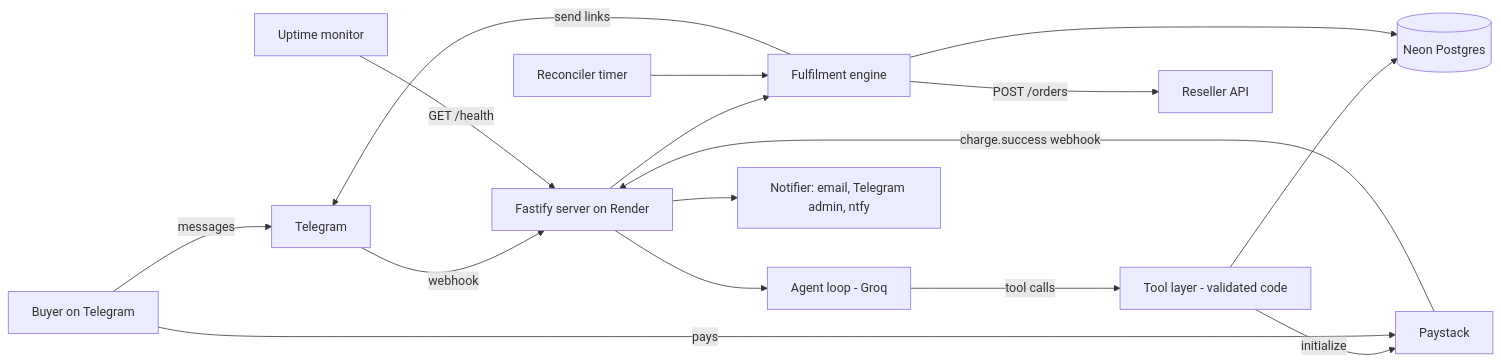
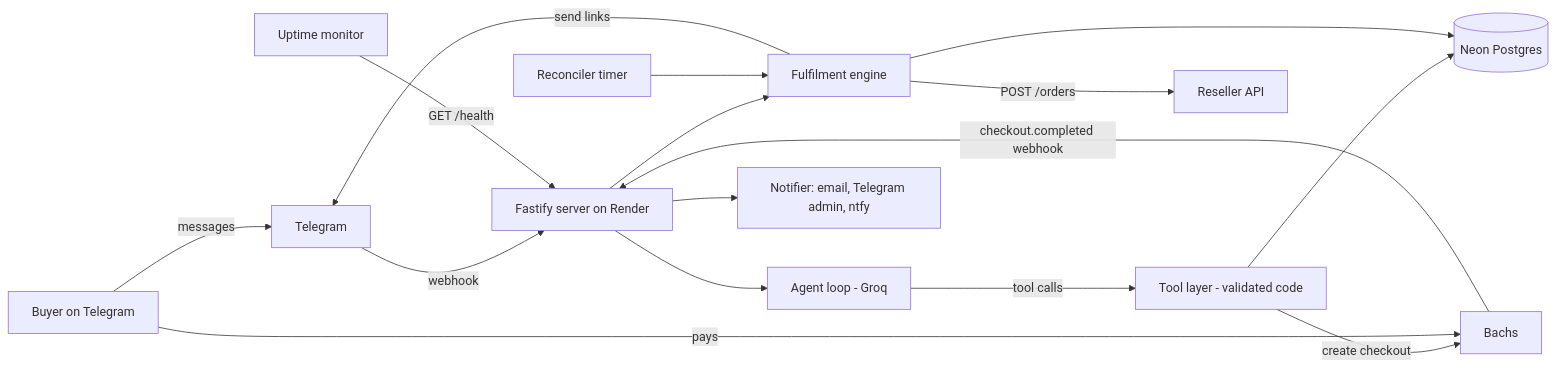
Before and after one commit to samkiell/geminipro: the first of 2 diagrams in docs/ARCHITECTURE.md, drawn with Mermaid. The commit also changed other lines of this file, not shown here.

Commit message:
Switch architecture to Bachs and pnpm

````diff
--- a/docs/ARCHITECTURE.md
+++ b/docs/ARCHITECTURE.md
@@ -13,18 +13,18 @@
 ```mermaid
 flowchart LR
   B[Buyer on Telegram] -->|messages| TG[Telegram]
   TG -->|webhook| S[Fastify server on Render]
   S --> A[Agent loop - Groq]
   A -->|tool calls| T[Tool layer - validated code]
   T --> DB[(Neon Postgres)]
-  T -->|initialize| PS[Paystack]
+  T -->|create checkout| PS[Bachs]
   B -->|pays| PS
-  PS -->|charge.success webhook| S
+  PS -->|checkout.completed webhook| S
   S --> F[Fulfilment engine]
   F -->|POST /orders| R[Reseller API]
   F --> DB
   F -->|send links| TG
   S --> N[Notifier: email, Telegram admin, ntfy]
   U[Uptime monitor] -->|GET /health| S
   REC[Reconciler timer] --> F
 ```
````
